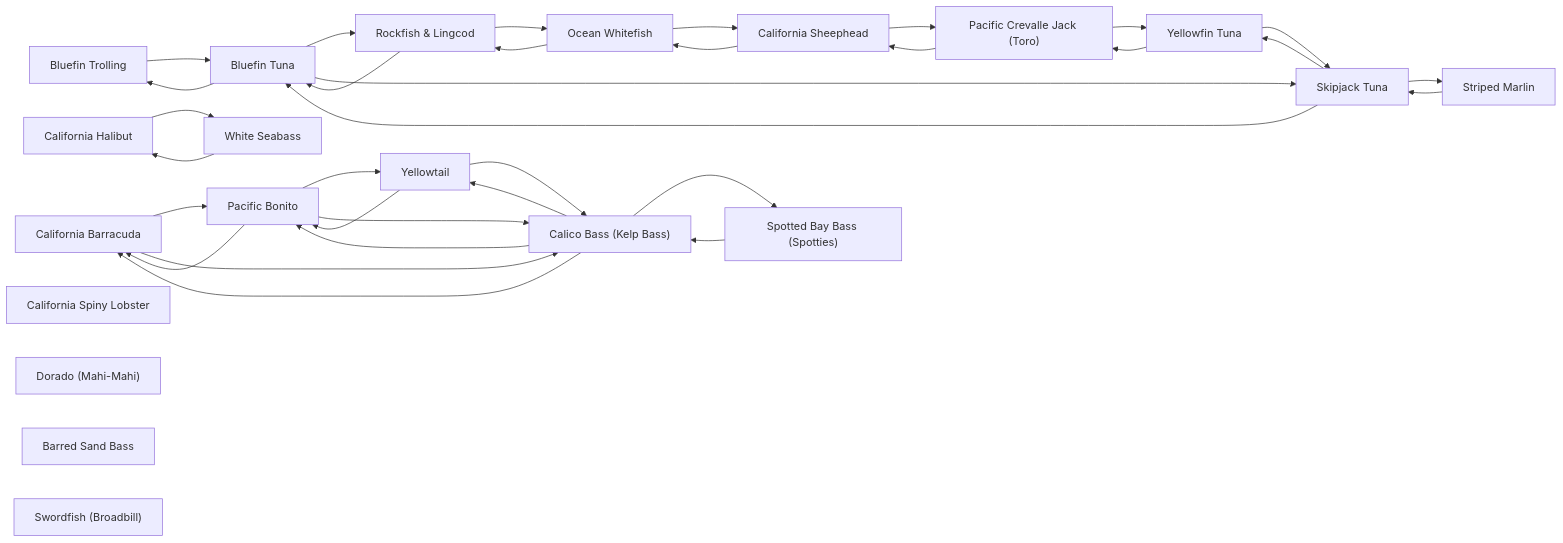
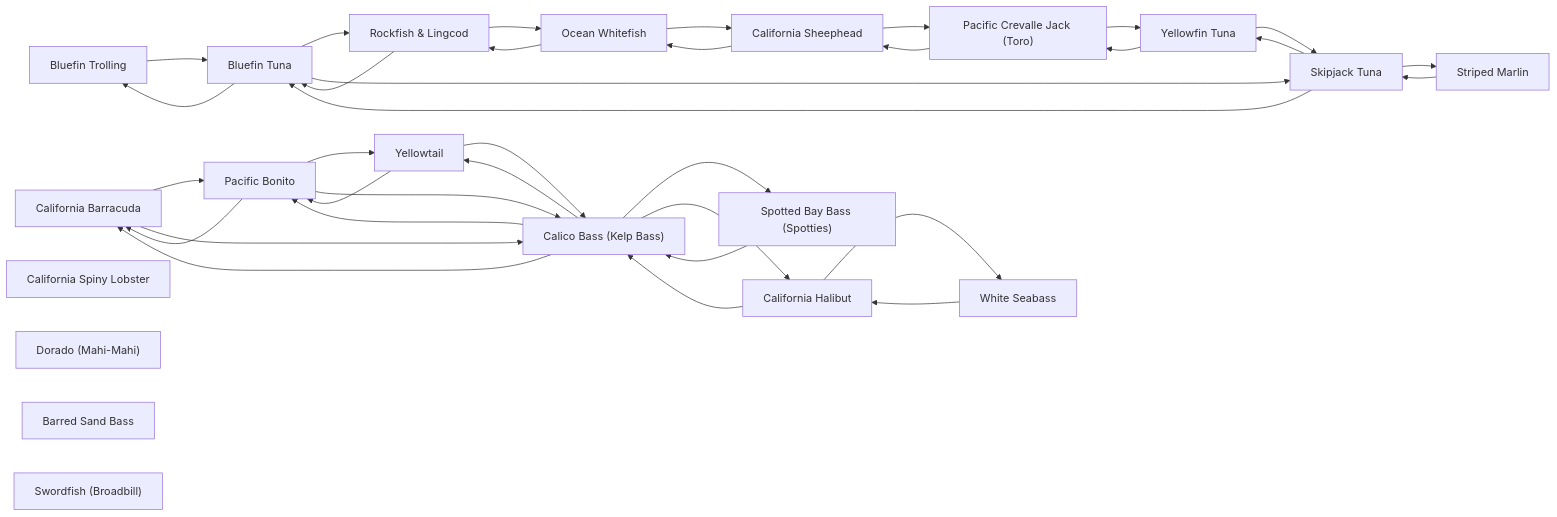
The diagram in species/README.md (camchuckpete-max/Socal-Fishing-Knowledge), drawn with Mermaid before and after one commit. The commit also changed 4 other files, not shown here.

````diff
--- a/species/README.md
+++ b/species/README.md
@@ -33,55 +33,57 @@
 ```mermaid
 graph LR
   n0["California Barracuda"]
   n1["Bluefin Trolling"]
   n2["Bluefin Tuna"]
   n3["Pacific Bonito"]
   n4["Calico Bass (Kelp Bass)"]
   n5["California Halibut"]
   n6["California Spiny Lobster"]
   n7["Dorado (Mahi-Mahi)"]
   n8["Ocean Whitefish"]
   n9["Pacific Crevalle Jack (Toro)"]
   n10["Rockfish & Lingcod"]
   n11["Barred Sand Bass"]
   n12["California Sheephead"]
   n13["Skipjack Tuna"]
   n14["Spotted Bay Bass (Spotties)"]
   n15["Striped Marlin"]
   n16["Swordfish (Broadbill)"]
   n17["White Seabass"]
   n18["Yellowfin Tuna"]
   n19["Yellowtail"]
   n0 --> n3
   n0 --> n4
   n1 --> n2
   n10 --> n2
   n10 --> n8
   n12 --> n8
   n12 --> n9
   n13 --> n15
   n13 --> n18
   n13 --> n2
   n14 --> n4
   n15 --> n13
   n17 --> n5
   n18 --> n13
   n18 --> n9
   n19 --> n3
   n19 --> n4
   n2 --> n1
   n2 --> n10
   n2 --> n13
   n3 --> n0
   n3 --> n19
   n3 --> n4
   n4 --> n0
   n4 --> n14
   n4 --> n19
   n4 --> n3
+  n4 --> n5
   n5 --> n17
+  n5 --> n4
   n8 --> n10
   n8 --> n12
   n9 --> n12
   n9 --> n18
 ```
````
